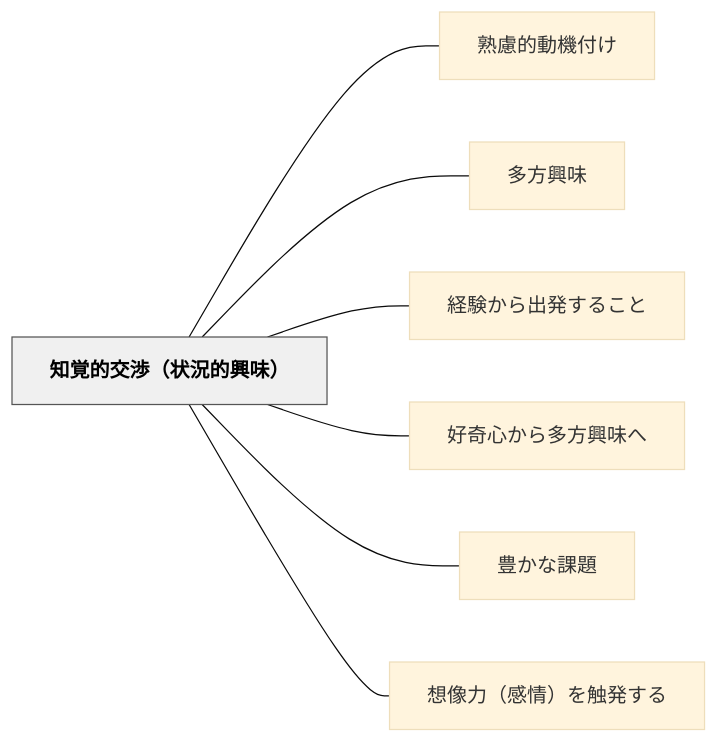
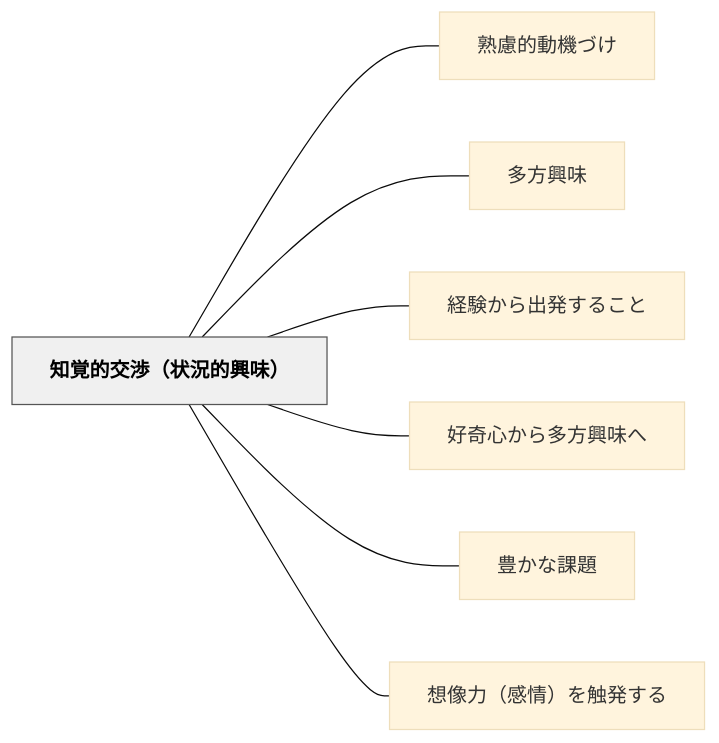
The diagram in content/パタン/知覚的交渉（状況的興味）.md (unknownthings-ed-patterns/unknownthings-ed-patterns), drawn with Mermaid (base theme) before and after one commit. The commit also changed other lines of this file and 234 other files, not shown here.

````diff
--- a/content/パタン/知覚的交渉（状況的興味）.md
+++ b/content/パタン/知覚的交渉（状況的興味）.md
@@ -39,20 +39,20 @@
 ```mermaid
 flowchart LR
     ne79fa5e8a69ae79a84e4baa4e6b889efbc88e78ab6e6b381e79a84e88888e591b3efbc89["知覚的交渉（状況的興味）"]
-    ne7869fe685aee79a84e58b95e6a99fe4bb98e38191["熟慮的動機付け"]
+    ne7869fe685aee79a84e58b95e6a99fe381a5e38191["熟慮的動機づけ"]
     ne5a49ae696b9e88888e591b3["多方興味"]
     ne7b58ce9a893e3818be38289e587bae799bae38199e3828be38193e381a8["経験から出発すること"]
     ne5a5bde5a587e5bf83e3818be38289e5a49ae696b9e88888e591b3e381b8["好奇心から多方興味へ"]
     ne8b18ae3818be381aae8aab2e9a18c["豊かな課題"]
     ne683b3e5838fe58a9befbc88e6849fe68385efbc89e38292e8a7a6e799bae38199e3828b["想像力（感情）を触発する"]
 
-    ne79fa5e8a69ae79a84e4baa4e6b889efbc88e78ab6e6b381e79a84e88888e591b3efbc89 --- ne7869fe685aee79a84e58b95e6a99fe4bb98e38191
+    ne79fa5e8a69ae79a84e4baa4e6b889efbc88e78ab6e6b381e79a84e88888e591b3efbc89 --- ne7869fe685aee79a84e58b95e6a99fe381a5e38191
     ne79fa5e8a69ae79a84e4baa4e6b889efbc88e78ab6e6b381e79a84e88888e591b3efbc89 --- ne5a49ae696b9e88888e591b3
     ne79fa5e8a69ae79a84e4baa4e6b889efbc88e78ab6e6b381e79a84e88888e591b3efbc89 --- ne7b58ce9a893e3818be38289e587bae799bae38199e3828be38193e381a8
     ne79fa5e8a69ae79a84e4baa4e6b889efbc88e78ab6e6b381e79a84e88888e591b3efbc89 --- ne5a5bde5a587e5bf83e3818be38289e5a49ae696b9e88888e591b3e381b8
     ne79fa5e8a69ae79a84e4baa4e6b889efbc88e78ab6e6b381e79a84e88888e591b3efbc89 --- ne8b18ae3818be381aae8aab2e9a18c
     ne79fa5e8a69ae79a84e4baa4e6b889efbc88e78ab6e6b381e79a84e88888e591b3efbc89 --- ne683b3e5838fe58a9befbc88e6849fe68385efbc89e38292e8a7a6e799bae38199e3828b
 
     classDef hub fill:#f0f0f0,stroke:#555,color:#000,font-weight:bold
     class ne79fa5e8a69ae79a84e4baa4e6b889efbc88e78ab6e6b381e79a84e88888e591b3efbc89 hub
 ```
````
